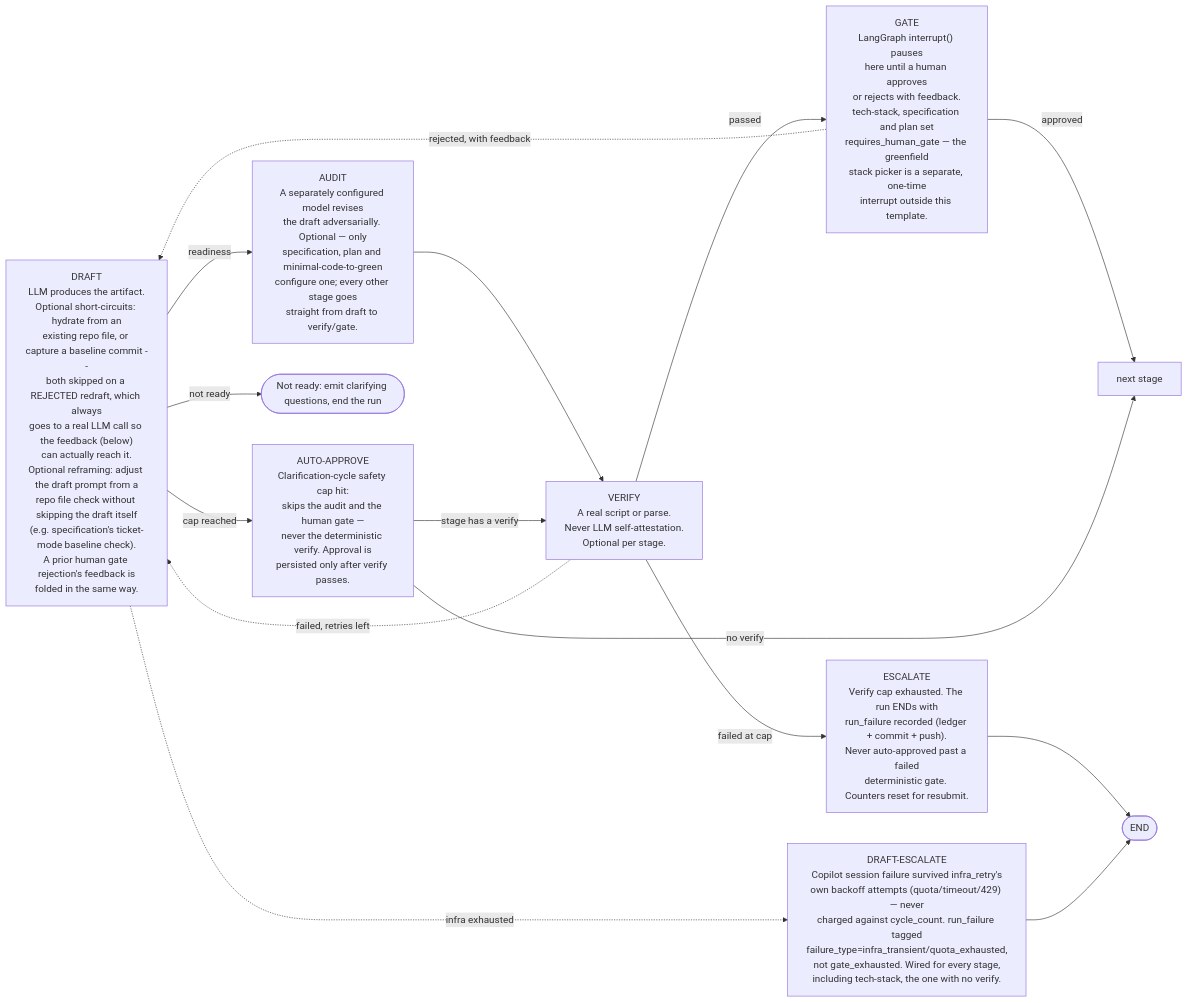
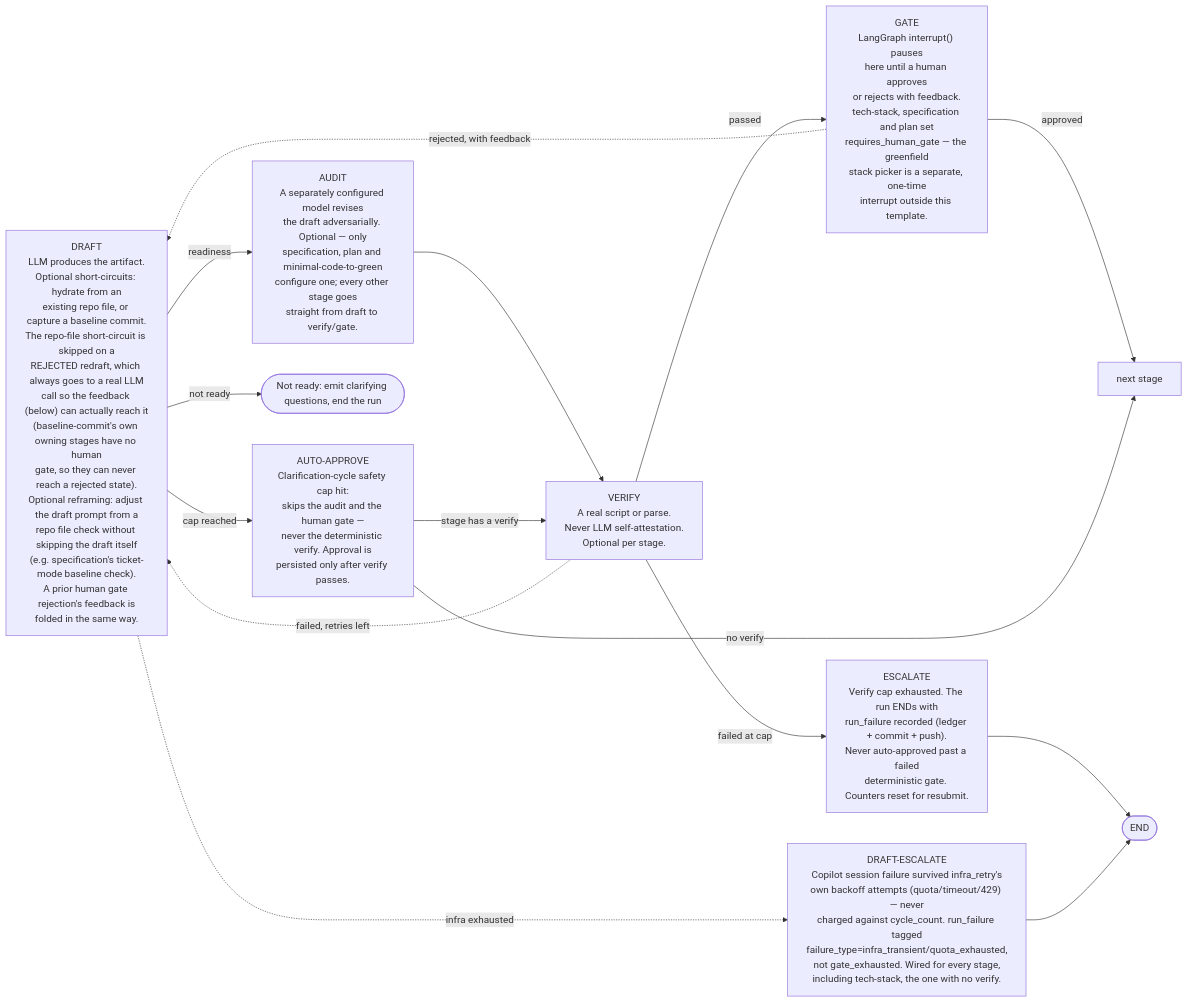
Before and after one commit to bancroftway/ai-dev-workflow: the second of 2 diagrams in README.md, drawn with Mermaid.

Commit message:
docs: correct DRAFT diagram box (baseline-commit was never made rejection-conditional)

````diff
--- a/README.md
+++ b/README.md
@@ -121,26 +121,26 @@
 ```mermaid
 flowchart LR
-    d["DRAFT<br/>LLM produces the artifact.<br/>Optional short-circuits: hydrate from an<br/>existing repo file, or capture a baseline commit --<br/>both skipped on a REJECTED redraft, which always<br/>goes to a real LLM call so the feedback (below)<br/>can actually reach it.<br/>Optional reframing: adjust the draft prompt from a<br/>repo file check without skipping the draft itself<br/>(e.g. specification's ticket-mode baseline check).<br/>A prior human gate rejection's feedback is<br/>folded in the same way."]
+    d["DRAFT<br/>LLM produces the artifact.<br/>Optional short-circuits: hydrate from an<br/>existing repo file, or capture a baseline commit.<br/>The repo-file short-circuit is skipped on a<br/>REJECTED redraft, which always goes to a real LLM<br/>call so the feedback (below) can actually reach it<br/>(baseline-commit's own owning stages have no human<br/>gate, so they can never reach a rejected state).<br/>Optional reframing: adjust the draft prompt from a<br/>repo file check without skipping the draft itself<br/>(e.g. specification's ticket-mode baseline check).<br/>A prior human gate rejection's feedback is<br/>folded in the same way."]
     a["AUDIT<br/>A separately configured model revises<br/>the draft adversarially. Optional — only<br/>specification, plan and minimal-code-to-green<br/>configure one; every other stage goes<br/>straight from draft to verify/gate."]
     v["VERIFY<br/>A real script or parse.<br/>Never LLM self-attestation.<br/>Optional per stage."]
     g["GATE<br/>LangGraph interrupt() pauses<br/>here until a human approves<br/>or rejects with feedback.<br/>tech-stack, specification and plan set<br/>requires_human_gate — the greenfield<br/>stack picker is a separate, one-time<br/>interrupt outside this template."]
     aa["AUTO-APPROVE<br/>Clarification-cycle safety cap hit:<br/>skips the audit and the human gate —<br/>never the deterministic verify. Approval is<br/>persisted only after verify passes."]
     e["ESCALATE<br/>Verify cap exhausted. The run ENDs with<br/>run_failure recorded (ledger + commit + push).<br/>Never auto-approved past a failed<br/>deterministic gate. Counters reset for resubmit."]
     ie["DRAFT-ESCALATE<br/>Copilot session failure survived infra_retry's<br/>own backoff attempts (quota/timeout/429) — never<br/>charged against cycle_count. run_failure tagged<br/>failure_type=infra_transient/quota_exhausted,<br/>not gate_exhausted. Wired for every stage,<br/>including tech-stack, the one with no verify."]
     q(["Not ready: emit clarifying questions, end the run"])
 
     d -->|readiness| a
     d -->|cap reached| aa
     d -->|not ready| q
     d -.->|infra exhausted| ie
     a --> v
     v -->|passed| g
     v -.->|failed, retries left| d
     v -->|failed at cap| e
     e --> theend(["END"])
     ie --> theend
     g -->|approved| next["next stage"]
     g -.->|rejected, with feedback| d
     aa -->|stage has a verify| v
     aa -->|no verify| next
 ```
````
